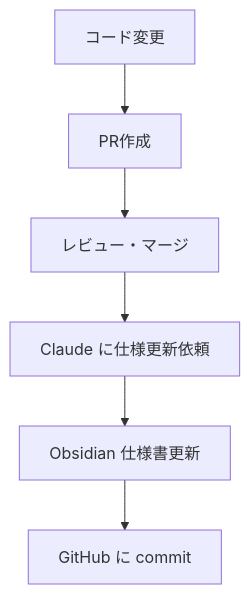
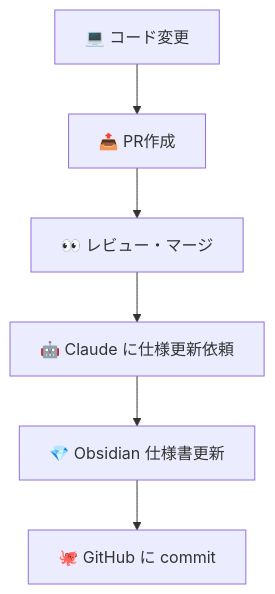
One commit to ayies128/obsidian_presentation changed the diagram in documents/08_practice3.md. Above: the diagram before and after it, drawn with Mermaid. The commit also changed other lines of this file and 14 other files, not shown here.

````diff
--- a/documents/08_practice3.md
+++ b/documents/08_practice3.md
@@ -15,8 +15,8 @@
 ```mermaid
 graph TD
-    A[コード変更] --> B[PR作成]
-    B --> C[レビュー・マージ]
-    C --> D[Claude に仕様更新依頼]
-    D --> E[Obsidian 仕様書更新]
-    E --> F[GitHub に commit]
+    A[💻 コード変更] --> B[📤 PR作成]
+    B --> C[👀 レビュー・マージ]
+    C --> D[🤖 Claude に仕様更新依頼]
+    D --> E[💎 Obsidian 仕様書更新]
+    E --> F[🐙 GitHub に commit]
 ```
````
